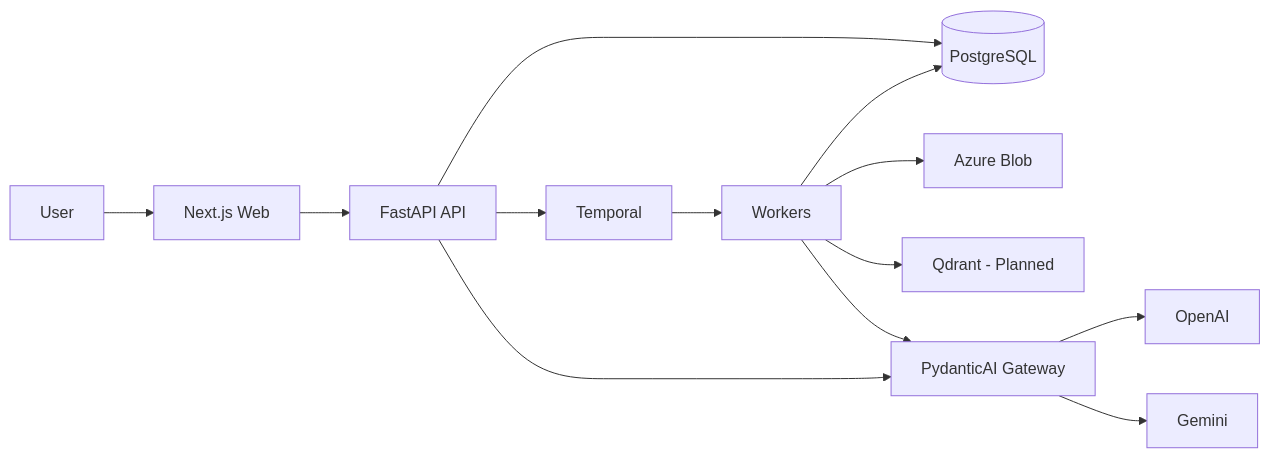
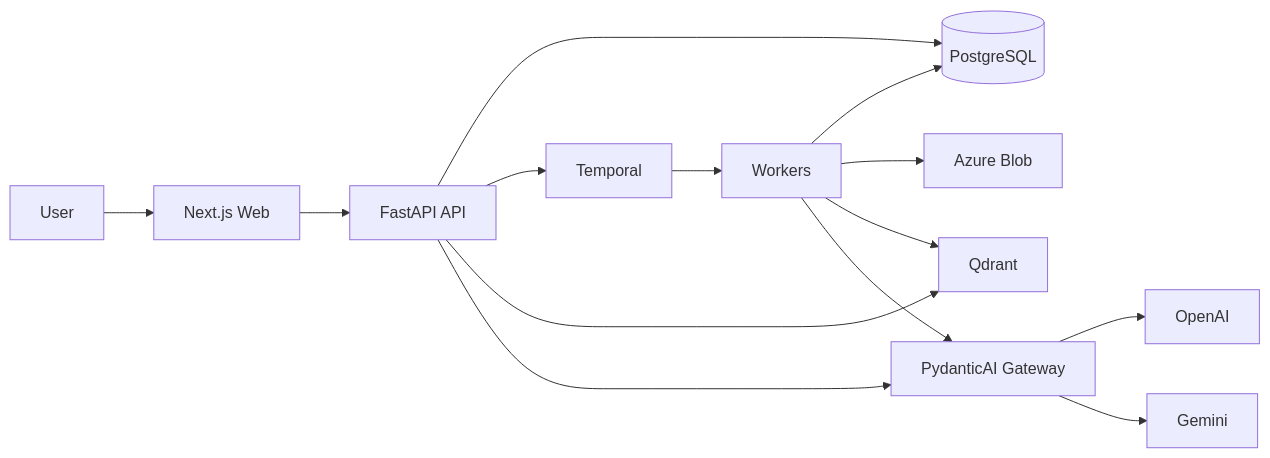
Before and after one commit to nahyan0077/knowledge-os: the first of 2 diagrams in .ai/ARCHITECTURE.md, drawn with Mermaid. The commit also changed other lines of this file and 6 other files, not shown here.

Commit message:
docs(retrieval): add retrieval architecture, context builder, and embedding specifications

````diff
--- a/.ai/ARCHITECTURE.md
+++ b/.ai/ARCHITECTURE.md
@@ -17,15 +17,16 @@
 ```mermaid
 flowchart LR
     User --> Web[Next.js Web]
     Web --> API[FastAPI API]
     API --> PG[(PostgreSQL)]
     API --> Temporal[Temporal]
+    API --> Qdrant[Qdrant]
     Temporal --> Workers[Workers]
     Workers --> PG
     Workers --> Blob[Azure Blob]
-    Workers --> Qdrant[Qdrant - Planned]
+    Workers --> Qdrant
     API --> AI[PydanticAI Gateway]
     Workers --> AI
     AI --> OpenAI
     AI --> Gemini
 ```
````
